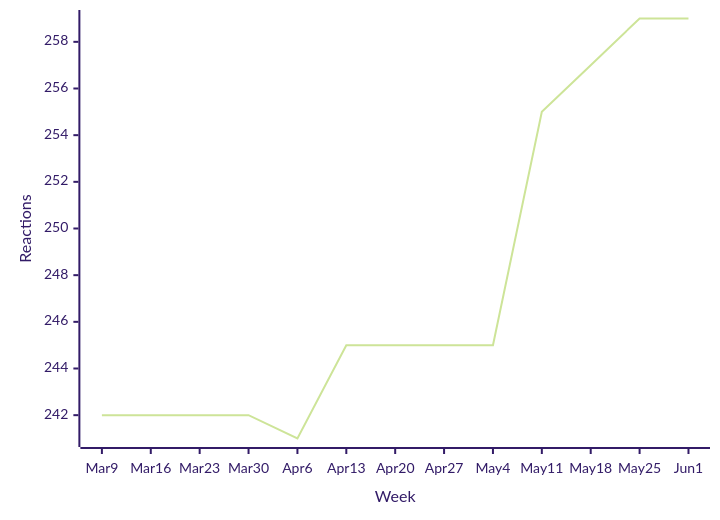
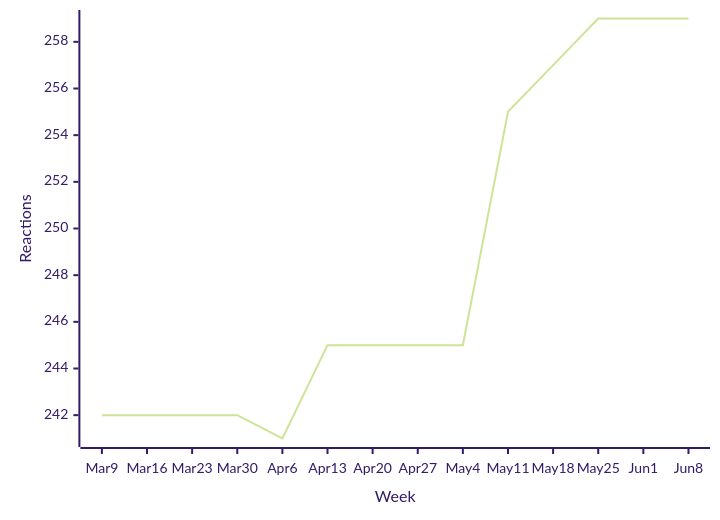
Before and after one commit to loic-sharma/github-insights: the eighth of 44 diagrams in README.md, drawn with Mermaid (forest theme). The commit also changed other lines of this file and 3 other files, not shown here.

````diff
--- a/README.md
+++ b/README.md
@@ -458,6 +458,6 @@
   ```mermaid
   xychart-beta
-    x-axis "Week" [Mar 9, Mar 16, Mar 23, Mar 30, Apr 6, Apr 13, Apr 20, Apr 27, May 4, May 11, May 18, May 25, Jun 1]
+    x-axis "Week" [Mar 9, Mar 16, Mar 23, Mar 30, Apr 6, Apr 13, Apr 20, Apr 27, May 4, May 11, May 18, May 25, Jun 1, Jun 8]
     y-axis "Reactions"
-    line [242, 242, 242, 242, 241, 245, 245, 245, 245, 255, 257, 259, 259]
+    line [242, 242, 242, 242, 241, 245, 245, 245, 245, 255, 257, 259, 259, 259]
   ```
````
